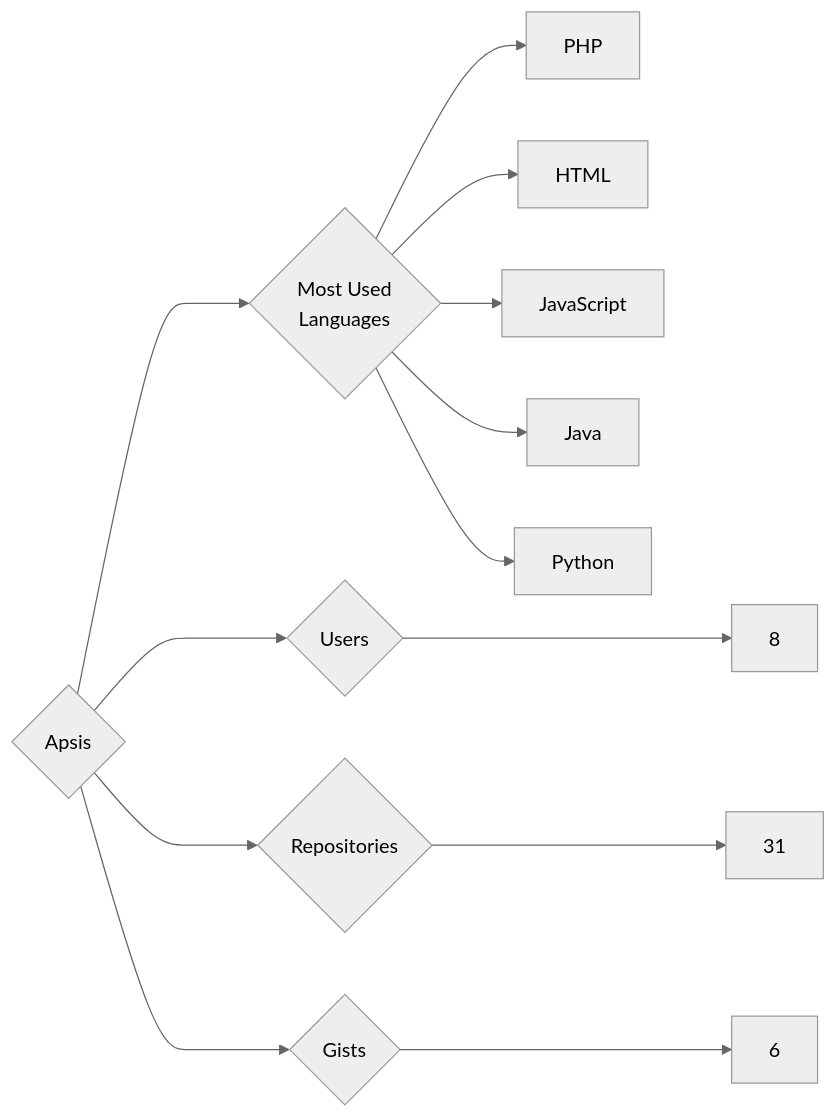
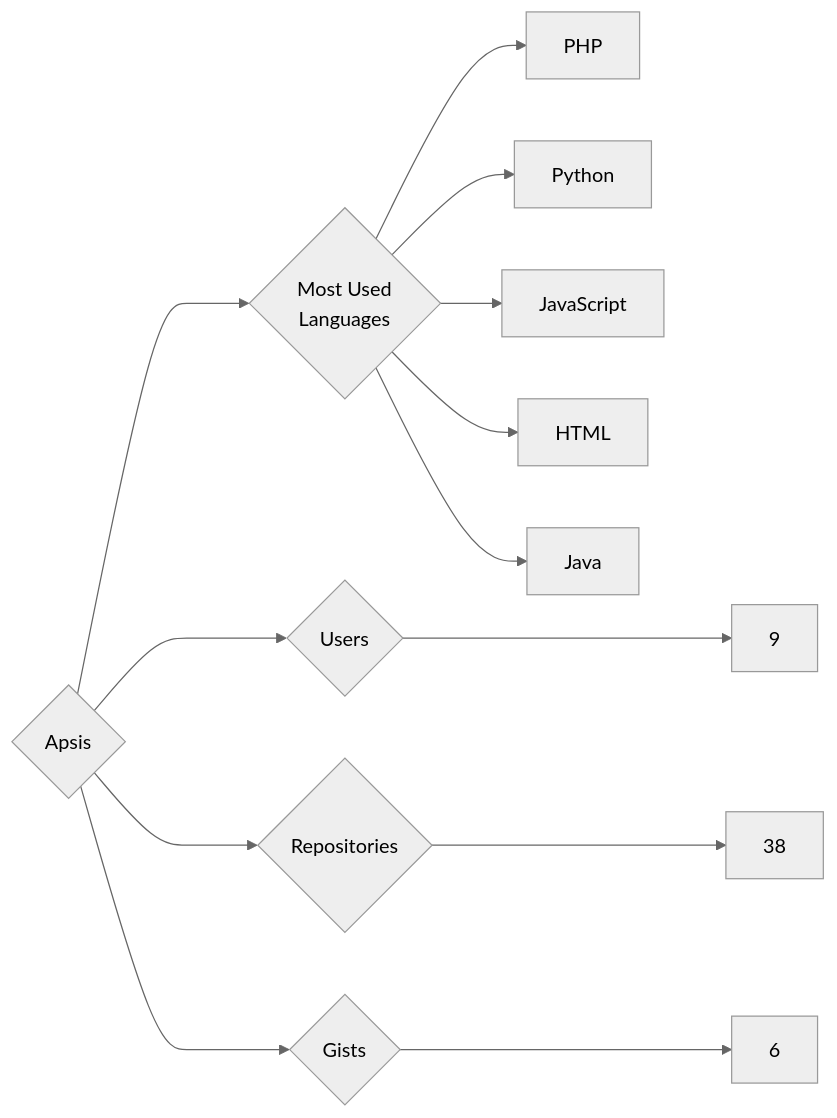
The diagram in targets/Apsis/README.md (trickest/insiders), drawn with Mermaid (neutral theme) before and after one commit. The commit also changed 720 other files, not shown here.

````diff
--- a/targets/Apsis/README.md
+++ b/targets/Apsis/README.md
@@ -3,13 +3,13 @@
 ```mermaid
 graph LR
 COMPANY_NAME{Apsis}
-COMPANY_NAME ---> U{Users} ---> UN[8]
-COMPANY_NAME ---> R{Repositories} ---> RN[31]
+COMPANY_NAME ---> U{Users} ---> UN[9]
+COMPANY_NAME ---> R{Repositories} ---> RN[38]
 COMPANY_NAME ---> G{Gists} ---> GN[6]
 COMPANY_NAME ---> ML{Most Used<br>Languages}
 ML --> PHP[PHP]
+ML --> Python[Python]
+ML --> JavaScript[JavaScript]
 ML --> HTML[HTML]
-ML --> JavaScript[JavaScript]
 ML --> Java[Java]
-ML --> Python[Python]
 ```
````
